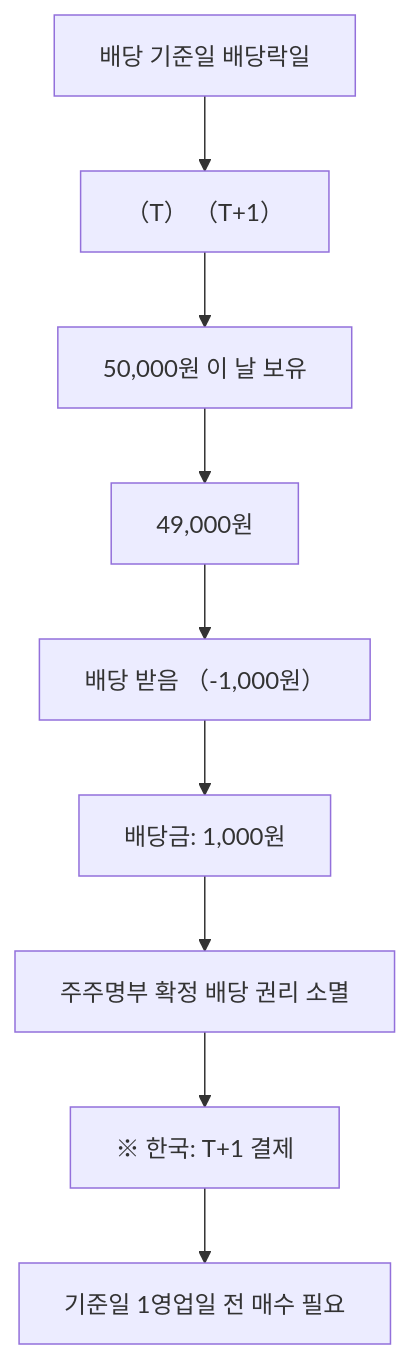
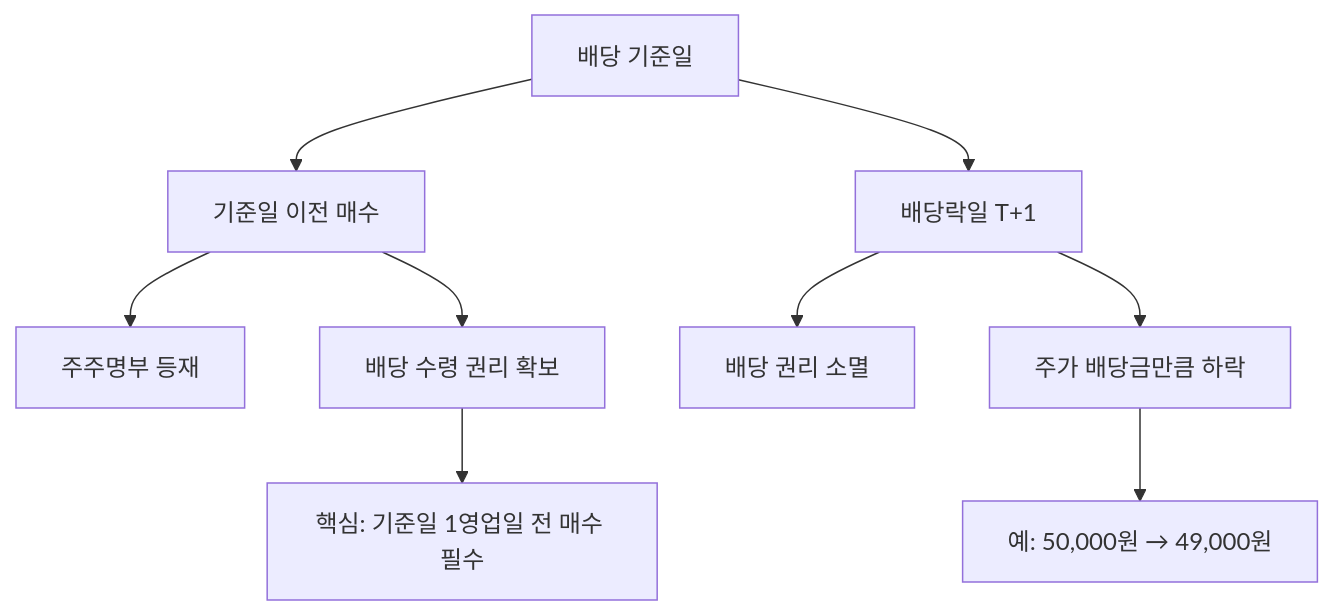
Before and after one commit to yeongseon/stock-visual-note: the diagram in content/stock-terms/ko/level-06-events/ex-dividend.md, drawn with Mermaid. The commit also changed other lines of this file and 96 other files, not shown here.

Commit message:
Rewrite all 98 remaining articles: branching Mermaid diagrams, natural search_intent, compelling seo_titles, clean descriptions

````diff
--- a/content/stock-terms/ko/level-06-events/ex-dividend.md
+++ b/content/stock-terms/ko/level-06-events/ex-dividend.md
@@ -39,20 +39,12 @@
 ```mermaid
 graph TD
-    A0["배당 기준일 배당락일"]
-    A1["（T） （T+1）"]
-    A2["50,000원 이 날 보유"]
-    A3["49,000원"]
-    A4["배당 받음 （-1,000원）"]
-    A5["배당금: 1,000원"]
-    A6["주주명부 확정 배당 권리 소멸"]
-    A7["※ 한국: T+1 결제"]
-    A8["기준일 1영업일 전 매수 필요"]
-    A0 --> A1
-    A1 --> A2
-    A2 --> A3
-    A3 --> A4
-    A4 --> A5
-    A5 --> A6
-    A6 --> A7
-    A7 --> A8
+    A["배당 기준일"]
+    A --> B["기준일 이전 매수"]
+    A --> C["배당락일 T+1"]
+    B --> B1["주주명부 등재"]
+    B --> B2["배당 수령 권리 확보"]
+    C --> C1["배당 권리 소멸"]
+    C --> C2["주가 배당금만큼 하락"]
+    C2 --> D["예: 50,000원 → 49,000원"]
+    B2 --> E["핵심: 기준일 1영업일 전 매수 필수"]
 ```
````
